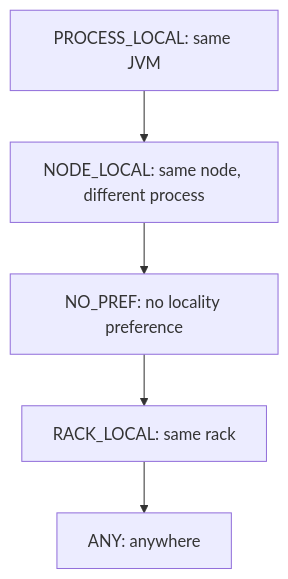
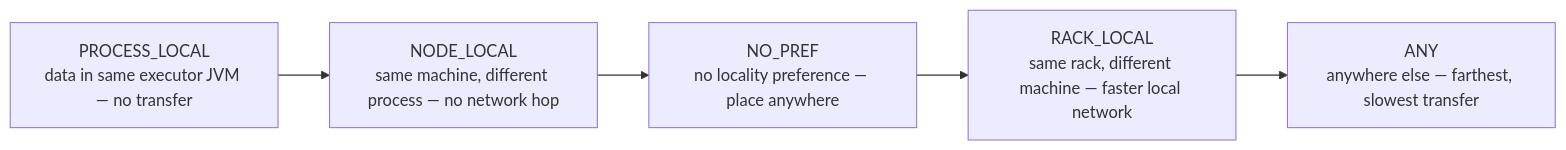
One commit to syedamber91/learning-data-engineering-concepts changed the diagram in wiki/personas/alex/spark/concepts/data-locality.md. Above: the diagram before and after it, drawn with Mermaid. The commit also changed other lines of this file and 35 other files, not shown here.

````diff
--- a/wiki/personas/alex/spark/concepts/data-locality.md
+++ b/wiki/personas/alex/spark/concepts/data-locality.md
@@ -18,7 +18,7 @@
 ```mermaid
-graph TD
-    A[PROCESS_LOCAL: same JVM] --> B[NODE_LOCAL: same node, different process]
-    B --> C[NO_PREF: no locality preference]
-    C --> D[RACK_LOCAL: same rack]
-    D --> E[ANY: anywhere]
+graph LR
+  A["PROCESS_LOCAL<br/>data in same executor JVM — no transfer"] --> B["NODE_LOCAL<br/>same machine, different process — no network hop"]
+  B --> C["NO_PREF<br/>no locality preference — place anywhere"]
+  C --> D["RACK_LOCAL<br/>same rack, different machine — faster local network"]
+  D --> E["ANY<br/>anywhere else — farthest, slowest transfer"]
 ```
````
